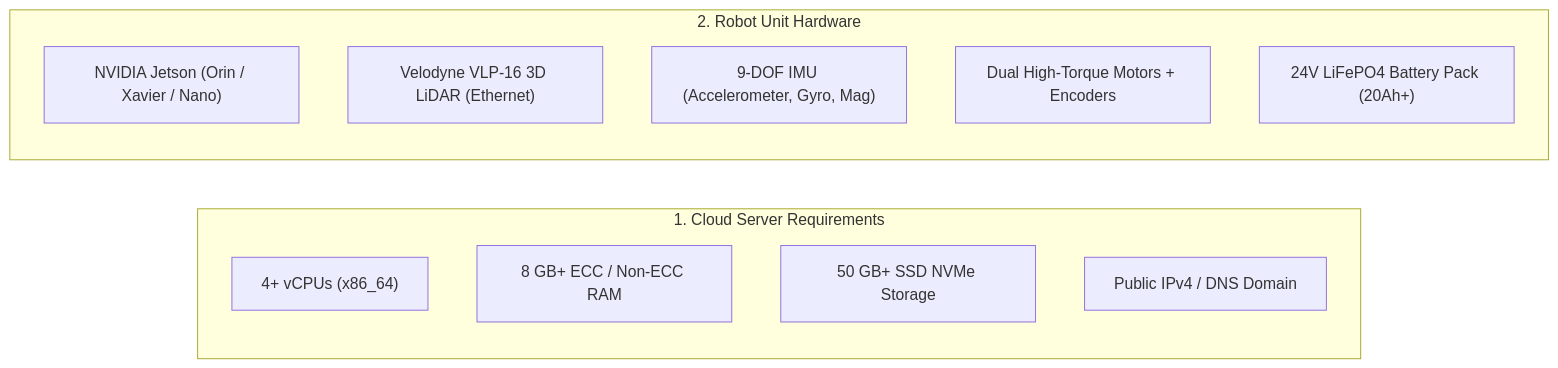
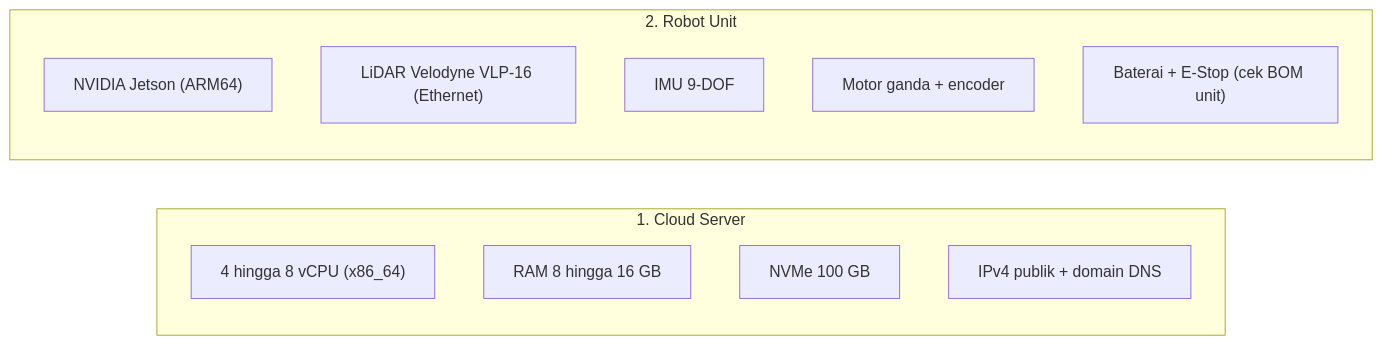
One commit to itbdelaboprogramming/msd700_documentation changed the first of 2 diagrams in docs/id/setup/prerequisites.md. Above: the diagram before and after it, drawn with Mermaid. The commit also changed other lines of this file and 110 other files, not shown here.

````diff
--- a/docs/id/setup/prerequisites.md
+++ b/docs/id/setup/prerequisites.md
@@ -13,17 +13,17 @@
 ```mermaid
 flowchart LR
-  subgraph ServerSpecs["1. Cloud Server Requirements"]
-    S_CPU["4+ vCPUs (x86_64)"]
-    S_RAM["8 GB+ ECC / Non-ECC RAM"]
-    S_DISK["50 GB+ SSD NVMe Storage"]
-    S_NET["Public IPv4 / DNS Domain"]
+  subgraph ServerSpecs["1. Cloud Server"]
+    S_CPU["4 hingga 8 vCPU (x86_64)"]
+    S_RAM["RAM 8 hingga 16 GB"]
+    S_DISK["NVMe 100 GB"]
+    S_NET["IPv4 publik + domain DNS"]
   end
 
-  subgraph UnitSpecs["2. Robot Unit Hardware"]
-    U_SBC["NVIDIA Jetson (Orin / Xavier / Nano)"]
-    U_LIDAR["Velodyne VLP-16 3D LiDAR (Ethernet)"]
-    U_IMU["9-DOF IMU (Accelerometer, Gyro, Mag)"]
-    U_MOTOR["Dual High-Torque Motors + Encoders"]
-    U_BAT["24V LiFePO4 Battery Pack (20Ah+)"]
+  subgraph UnitSpecs["2. Robot Unit"]
+    U_SBC["NVIDIA Jetson (ARM64)"]
+    U_LIDAR["LiDAR Velodyne VLP-16 (Ethernet)"]
+    U_IMU["IMU 9-DOF"]
+    U_MOTOR["Motor ganda + encoder"]
+    U_BAT["Baterai + E-Stop (cek BOM unit)"]
   end
 ```
````
